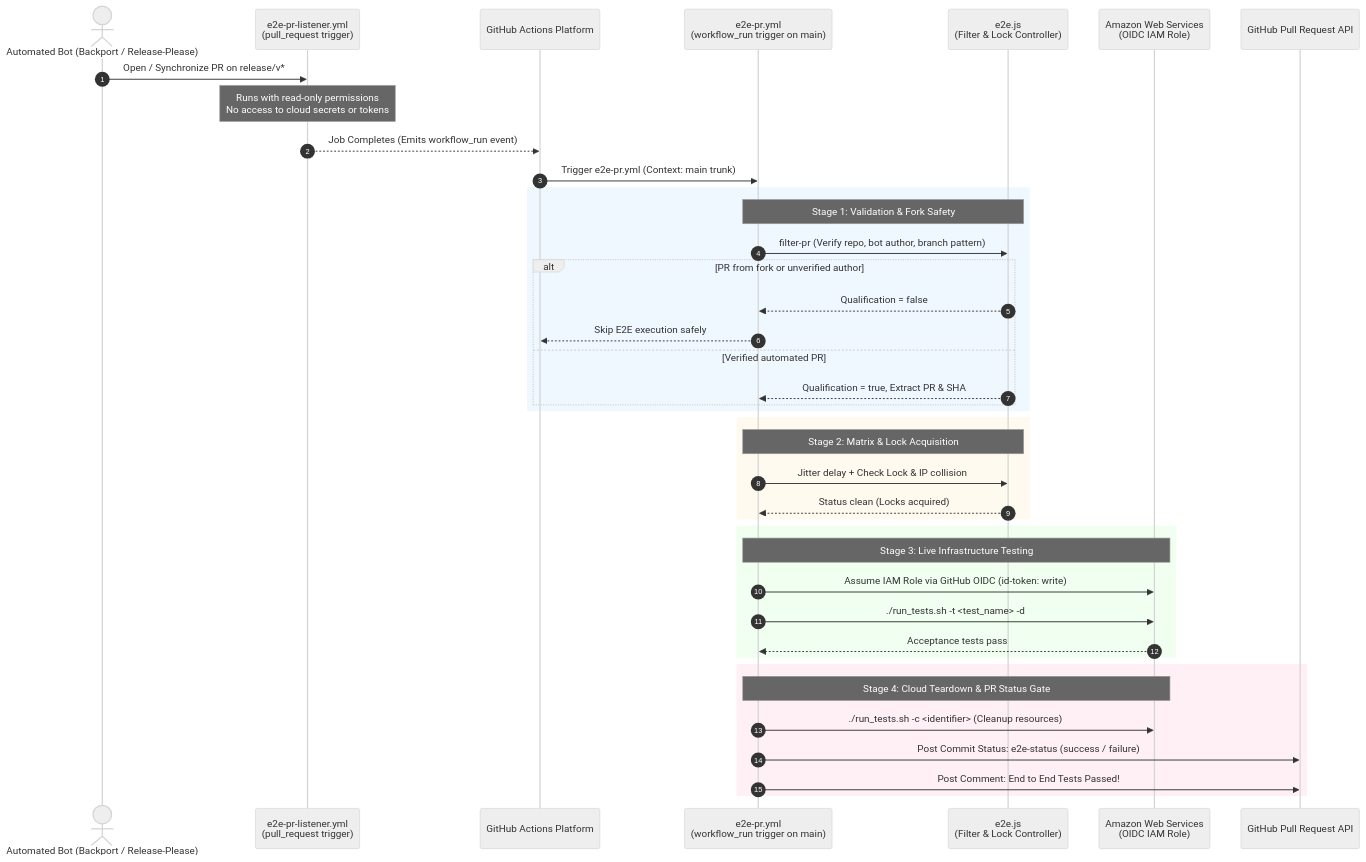
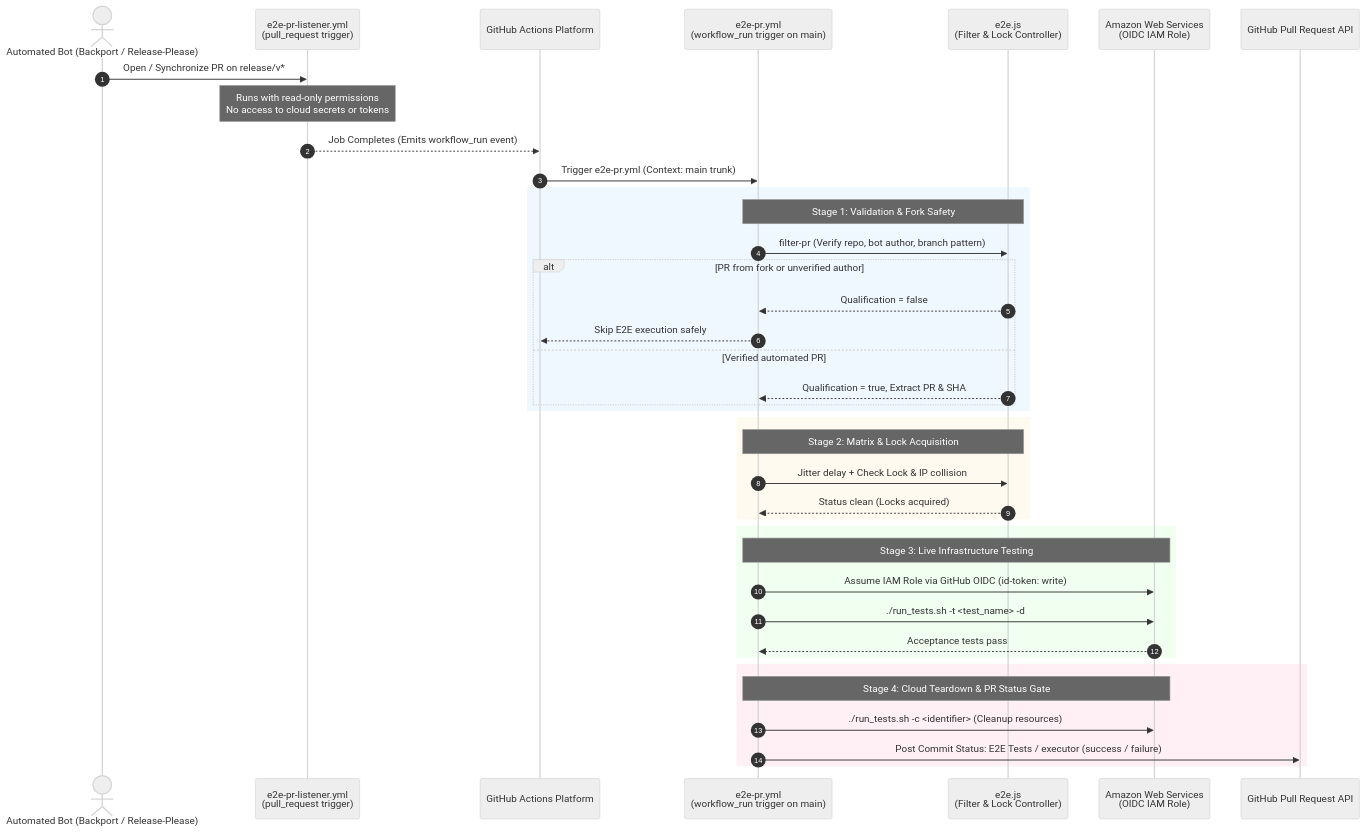
One commit to rancher/terraform-provider-rancher2 changed the diagram in docs/development/GitHubWorkflows/EndToEndTesting.md. Above: the diagram before and after it, drawn with Mermaid (neutral theme). The commit also changed other lines of this file and 3 other files, not shown here.

````diff
--- a/docs/development/GitHubWorkflows/EndToEndTesting.md
+++ b/docs/development/GitHubWorkflows/EndToEndTesting.md
@@ -23,47 +23,46 @@
 ```mermaid
 sequenceDiagram
     autonumber
     actor Bot as Automated Bot (Backport / Release-Please)
     participant Listener as e2e-pr-listener.yml<br/>(pull_request trigger)
     participant GHA as GitHub Actions Platform
     participant Executor as e2e-pr.yml<br/>(workflow_run trigger on main)
     participant Script as e2e.js<br/>(Filter & Lock Controller)
     participant AWS as Amazon Web Services<br/>(OIDC IAM Role)
     participant PR as GitHub Pull Request API
 
     Bot->>Listener: Open / Synchronize PR on release/v*
     Note over Listener: Runs with read-only permissions<br/>No access to cloud secrets or tokens
     Listener-->>GHA: Job Completes (Emits workflow_run event)
     GHA->>Executor: Trigger e2e-pr.yml (Context: main trunk)
 
     rect rgb(240, 248, 255)
         Note over Executor,Script: Stage 1: Validation & Fork Safety
         Executor->>Script: filter-pr (Verify repo, bot author, branch pattern)
         alt PR from fork or unverified author
             Script-->>Executor: Qualification = false
             Executor-->>GHA: Skip E2E execution safely
         else Verified automated PR
             Script-->>Executor: Qualification = true, Extract PR & SHA
         end
     end
 
     rect rgb(255, 250, 240)
         Note over Executor,Script: Stage 2: Matrix & Lock Acquisition
         Executor->>Script: Jitter delay + Check Lock & IP collision
         Script-->>Executor: Status clean (Locks acquired)
     end
 
     rect rgb(240, 255, 240)
         Note over Executor,AWS: Stage 3: Live Infrastructure Testing
         Executor->>AWS: Assume IAM Role via GitHub OIDC (id-token: write)
         Executor->>AWS: ./run_tests.sh -t <test_name> -d
         AWS-->>Executor: Acceptance tests pass
     end
 
     rect rgb(255, 240, 245)
         Note over Executor,AWS: Stage 4: Cloud Teardown & PR Status Gate
         Executor->>AWS: ./run_tests.sh -c <identifier> (Cleanup resources)
-        Executor->>PR: Post Commit Status: e2e-status (success / failure)
-        Executor->>PR: Post Comment: End to End Tests Passed!
+        Executor->>PR: Post Commit Status: E2E Tests / executor (success / failure)
     end
 ```
````
